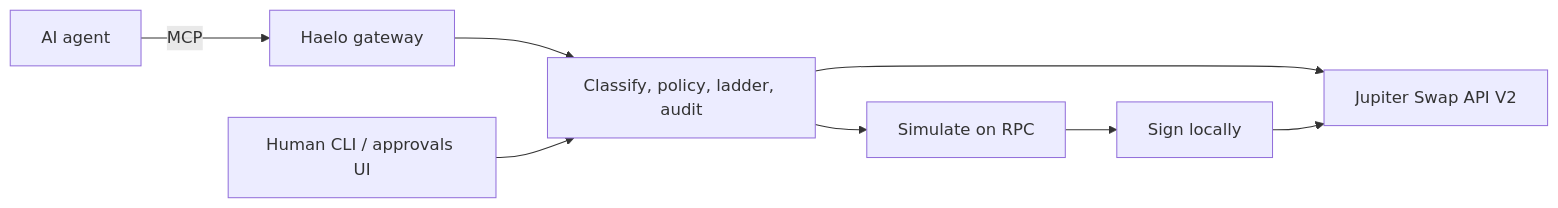
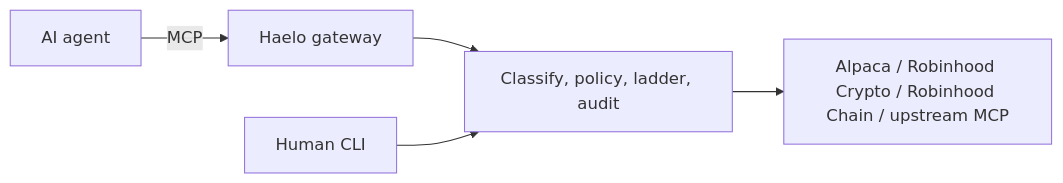
The second of 2 diagrams in README.md (HaeloBot/Haelo), drawn with Mermaid before and after one commit. The commit also changed other lines of this file and 117 other files, not shown here.

First line of the commit message:
Return Haelo to Robinhood Chain and ponsfamily.com

````diff
--- a/README.md
+++ b/README.md
@@ -116,10 +116,7 @@
 ```mermaid
 flowchart LR
   A[AI agent] -- MCP --> G[Haelo gateway]
   G --> C[Classify, policy, ladder, audit]
-  C --> J[Jupiter Swap API V2]
-  C --> V[Simulate on RPC]
-  V --> K[Sign locally]
-  K --> J
-  H[Human CLI / approvals UI] --> C
+  C --> B[Alpaca / Robinhood Crypto / Robinhood Chain / upstream MCP]
+  H[Human CLI] --> C
 ```
````
